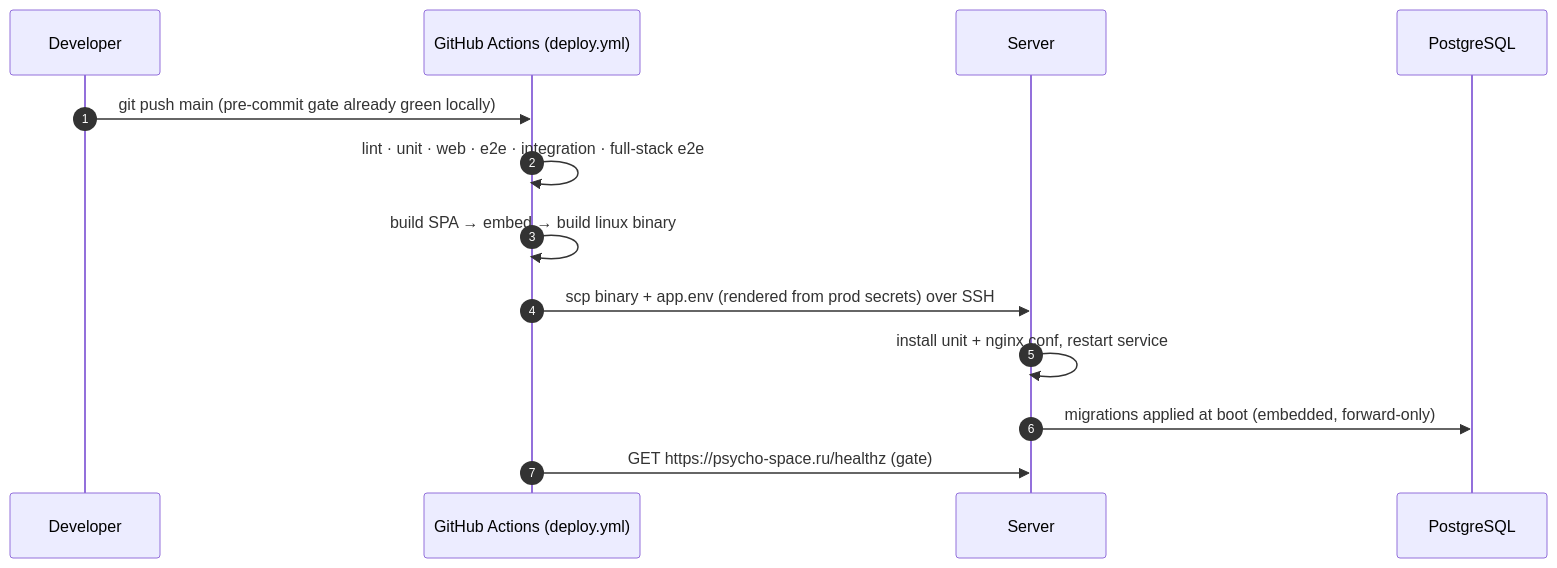
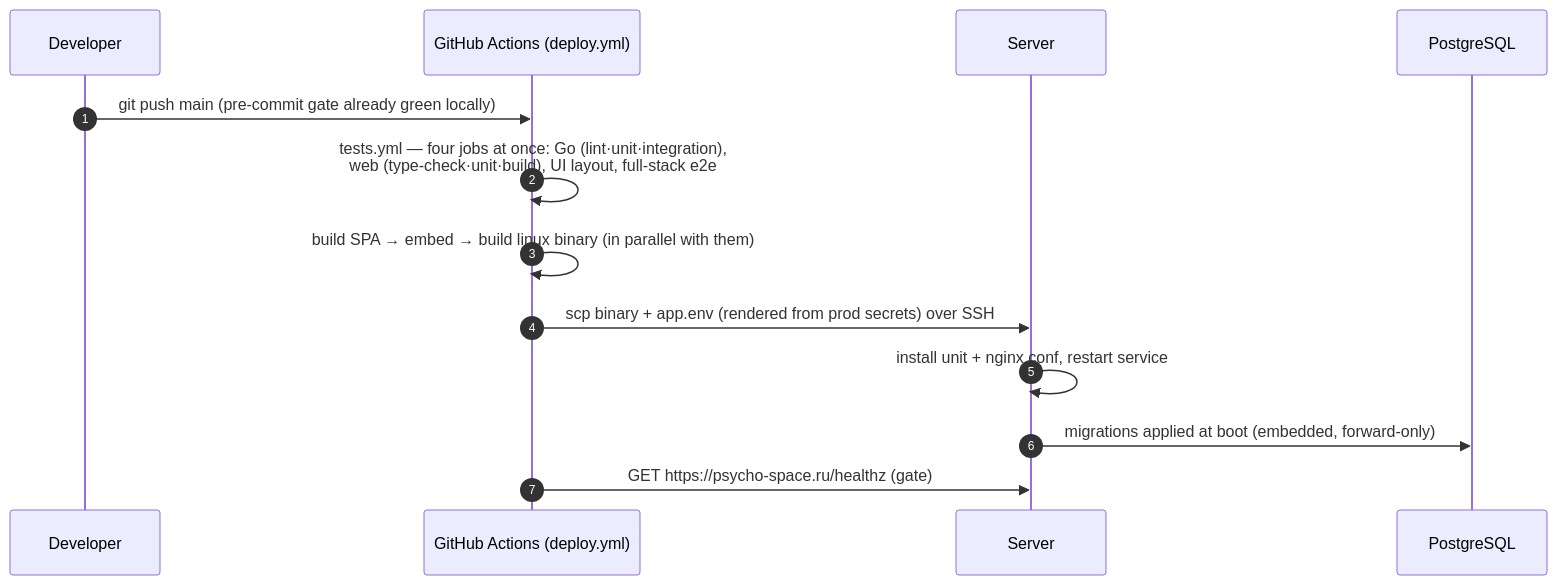
Before and after one commit to SergeyZSpb/psycho-space: the eighth of 11 diagrams in docs/ARCHITECTURE.md, drawn with Mermaid. The commit also changed other lines of this file and 15 other files, not shown here.

````diff
--- a/docs/ARCHITECTURE.md
+++ b/docs/ARCHITECTURE.md
@@ -290,16 +290,16 @@
 ```mermaid
 sequenceDiagram
     autonumber
     participant D as Developer
     participant GH as GitHub Actions (deploy.yml)
     participant S as Server
     participant P as PostgreSQL
 
     D->>GH: git push main (pre-commit gate already green locally)
-    GH->>GH: lint · unit · web · e2e · integration · full-stack e2e
-    GH->>GH: build SPA → embed → build linux binary
+    GH->>GH: tests.yml — four jobs at once: Go (lint·unit·integration),<br/>web (type-check·unit·build), UI layout, full-stack e2e
+    GH->>GH: build SPA → embed → build linux binary (in parallel with them)
     GH->>S: scp binary + app.env (rendered from prod secrets) over SSH
     S->>S: install unit + nginx conf, restart service
     S->>P: migrations applied at boot (embedded, forward-only)
     GH->>S: GET https://psycho-space.ru/healthz (gate)
 ```
````
